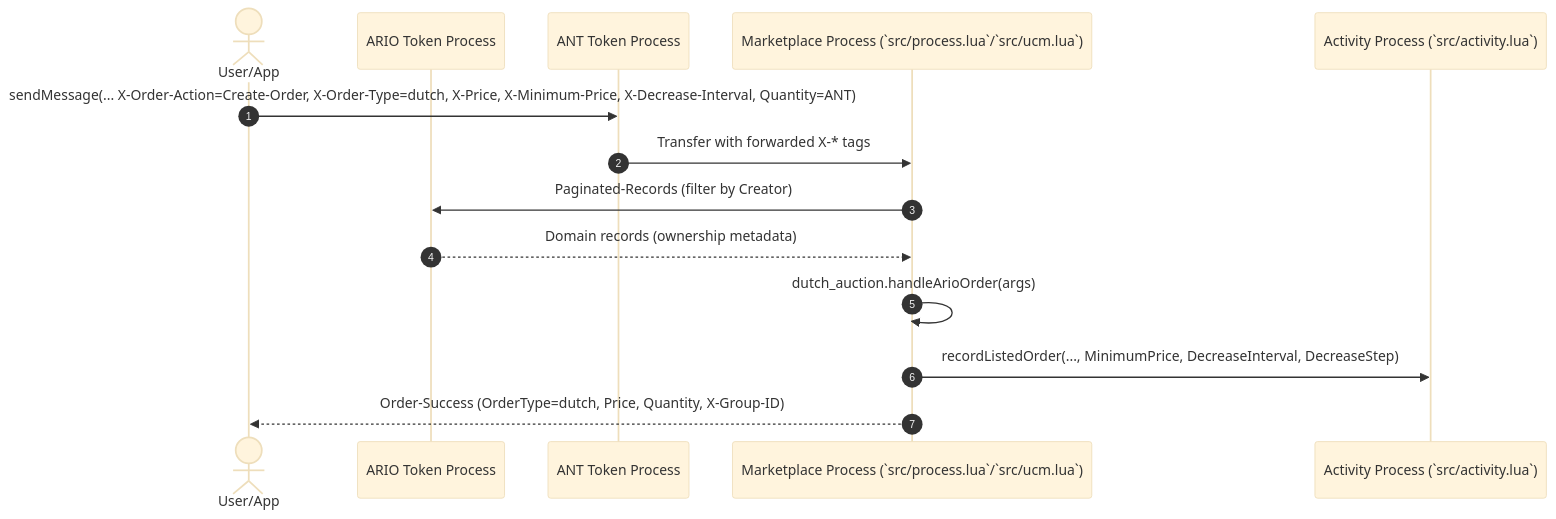
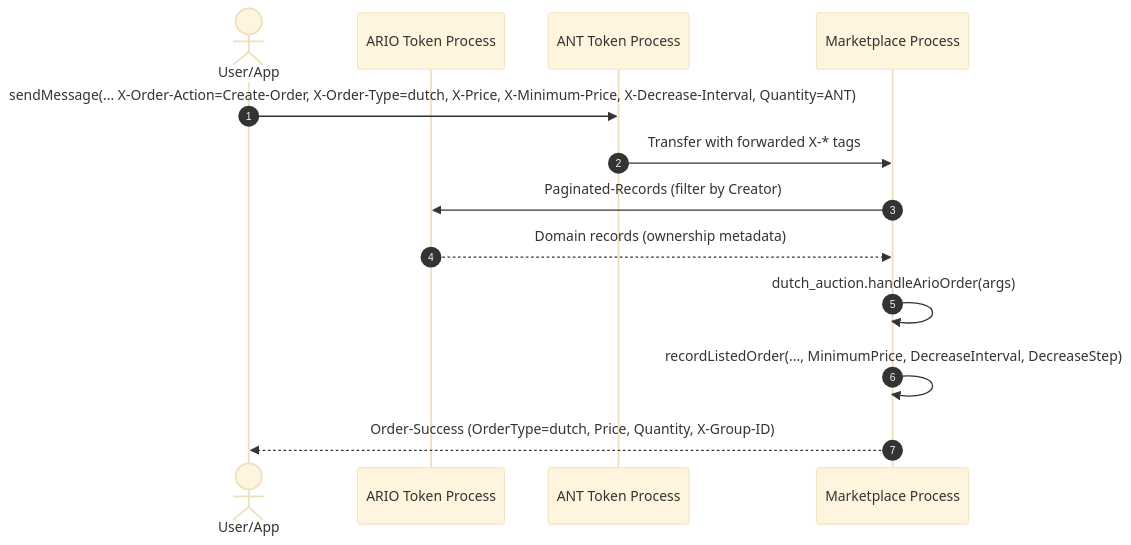
Before and after one commit to blockydevs/arns-marketplace-process: the diagram in docs/dutch-listing.md, drawn with Mermaid (base theme). The commit also changed 9 other files, not shown here.

````diff
--- a/docs/dutch-listing.md
+++ b/docs/dutch-listing.md
@@ -3,19 +3,18 @@
 ```mermaid
 sequenceDiagram
     autonumber
     actor User as User/App
     participant ARIO as ARIO Token Process
     participant ANT as ANT Token Process
-    participant Market as Marketplace Process (`src/process.lua`/`src/ucm.lua`)
-    participant Activity as Activity Process (`src/activity.lua`)
+    participant Market as Marketplace Process
 
     User->>ANT: sendMessage(... X-Order-Action=Create-Order, X-Order-Type=dutch, X-Price, X-Minimum-Price, X-Decrease-Interval, Quantity=ANT)
     ANT->>Market: Transfer with forwarded X-* tags
 
     Market->>ARIO: Paginated-Records (filter by Creator)
     ARIO-->>Market: Domain records (ownership metadata)
 
     Market->>Market: dutch_auction.handleArioOrder(args)
-    Market->>Activity: recordListedOrder(..., MinimumPrice, DecreaseInterval, DecreaseStep)
+    Market->>Market: recordListedOrder(..., MinimumPrice, DecreaseInterval, DecreaseStep)
     Market-->>User: Order-Success (OrderType=dutch, Price, Quantity, X-Group-ID)
 ```
````
